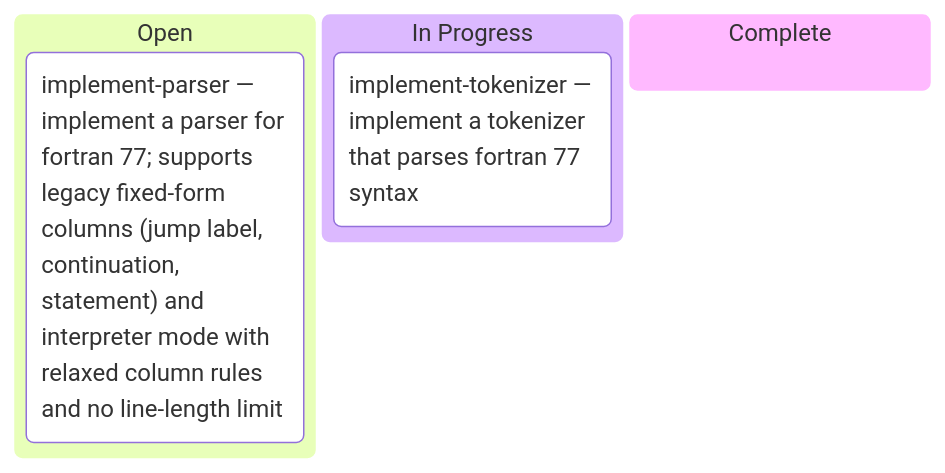
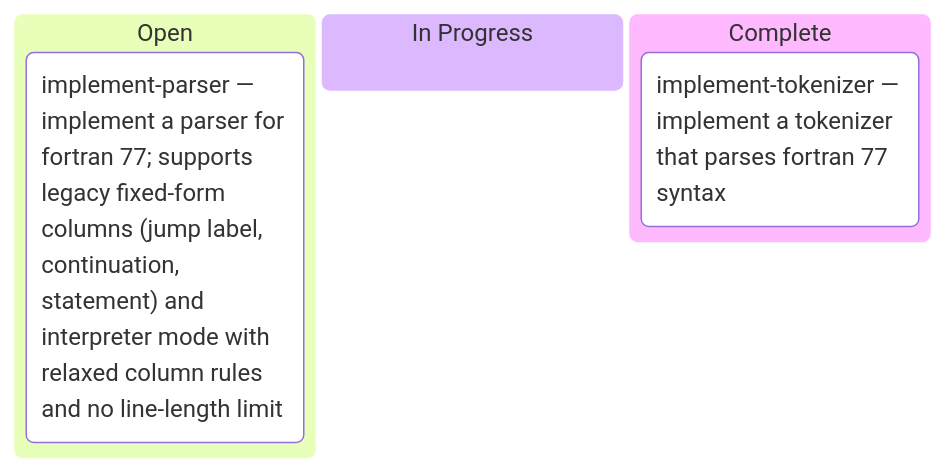
The diagram in docs/memory/kanban.md (armandli/f77interpret), drawn with Mermaid before and after one commit. The commit also changed other lines of this file and 1 other file, not shown here.

````diff
--- a/docs/memory/kanban.md
+++ b/docs/memory/kanban.md
@@ -3,8 +3,8 @@
 ```mermaid
 kanban
     open[Open]
         implement-parser["implement-parser — implement a parser for fortran 77; supports legacy fixed-form columns (jump label, continuation, statement) and interpreter mode with relaxed column rules and no line-length limit"]
     inprogress[In Progress]
+    complete[Complete]
         implement-tokenizer["implement-tokenizer — implement a tokenizer that parses fortran 77 syntax"]
-    complete[Complete]
 ```
````
